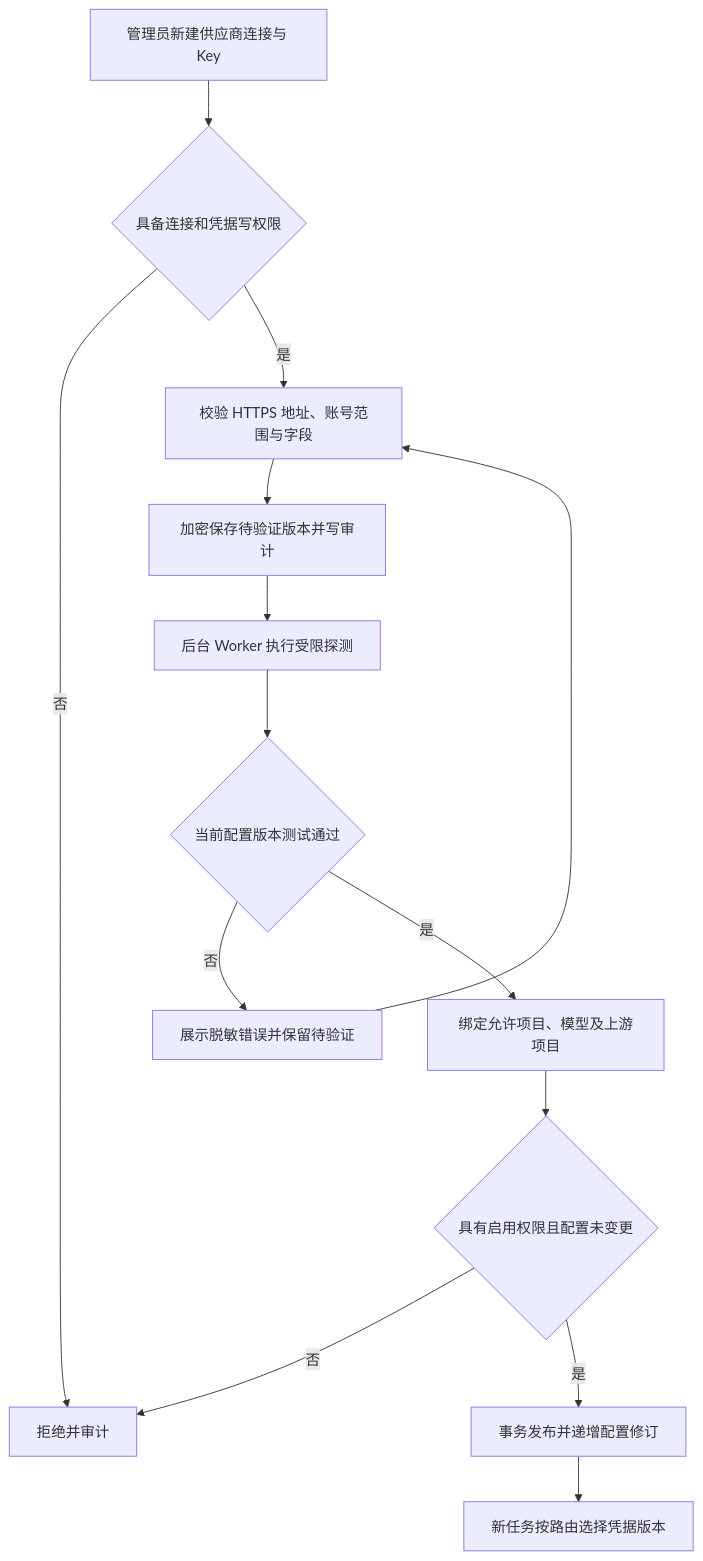
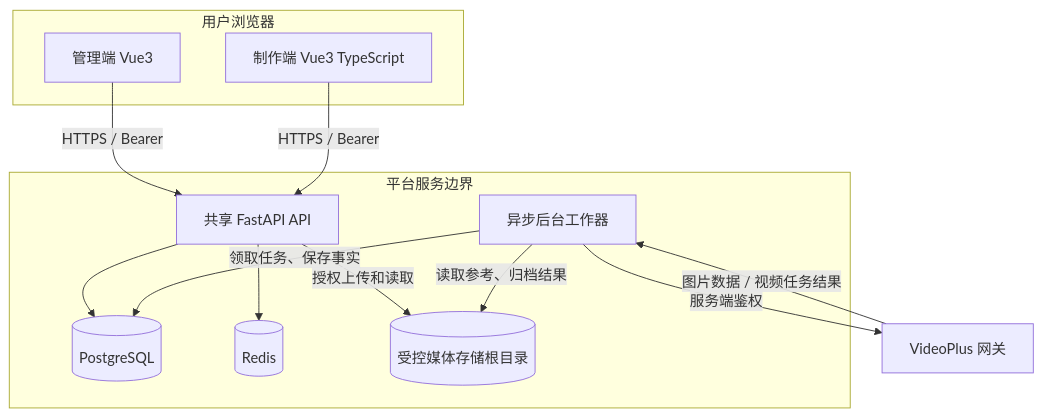
Before and after one commit to pleasureswx123/higgsfield: the second of 8 diagrams in docs/技术架构方案.md, drawn with Mermaid. The commit also changed other lines of this file and 72 other files, not shown here.

````diff
--- a/docs/技术架构方案.md
+++ b/docs/技术架构方案.md
@@ -596,16 +39,23 @@
 ```mermaid
-flowchart TD
-    A[管理员新建供应商连接与 Key] --> B{具备连接和凭据写权限}
-    B -->|否| Z[拒绝并审计]
-    B -->|是| C[校验 HTTPS 地址、账号范围与字段]
-    C --> D[加密保存待验证版本并写审计]
-    D --> E[后台 Worker 执行受限探测]
-    E --> F{当前配置版本测试通过}
-    F -->|否| G[展示脱敏错误并保留待验证]
-    G --> C
-    F -->|是| H[绑定允许项目、模型及上游项目]
-    H --> I{具有启用权限且配置未变更}
-    I -->|否| Z
-    I -->|是| J[事务发布并递增配置修订]
-    J --> K[新任务按路由选择凭据版本]
+flowchart TB
+  subgraph Client[用户浏览器]
+    ADM[管理端 Vue3]
+    STU[制作端 Vue3 TypeScript]
+  end
+  subgraph Platform[平台服务边界]
+    API[共享 FastAPI API]
+    WORK[异步后台工作器]
+    PG[(PostgreSQL)]
+    REDIS[(Redis)]
+    MEDIA[(受控媒体存储根目录)]
+  end
+  ADM -->|HTTPS / Bearer| API
+  STU -->|HTTPS / Bearer| API
+  API --> PG
+  API --> REDIS
+  API -->|授权上传和读取| MEDIA
+  WORK -->|领取任务、保存事实| PG
+  WORK -->|读取参考、归档结果| MEDIA
+  WORK -->|服务端鉴权| GW[VideoPlus 网关]
+  GW -->|图片数据 / 视频任务结果| WORK
 ```
````
